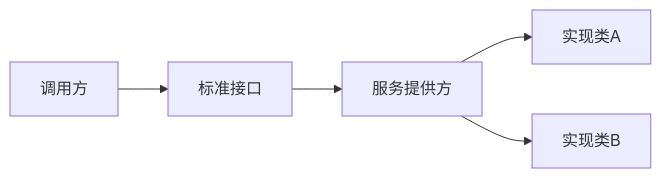
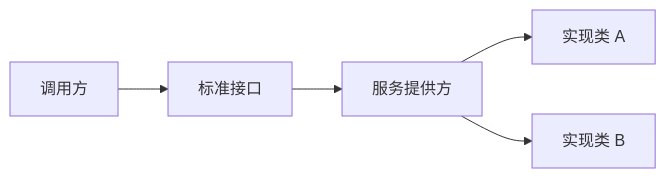
Before and after one commit to xiaoso456/notes: the diagram in docs/Java/零散/SPI插件.md, drawn with Mermaid. The commit also changed other lines of this file and 48 other files, not shown here.

````diff
--- a/docs/Java/零散/SPI插件.md
+++ b/docs/Java/零散/SPI插件.md
@@ -5,7 +5,7 @@
 ```mermaid
 graph LR
 A[调用方] --> B[标准接口]
 B[标准接口] --> C[服务提供方]
-C[服务提供方]--> C1[实现类A]
-C[服务提供方]--> C2[实现类B]
+C[服务提供方]--> C1[实现类 A]
+C[服务提供方]--> C2[实现类 B]
 ```
````
